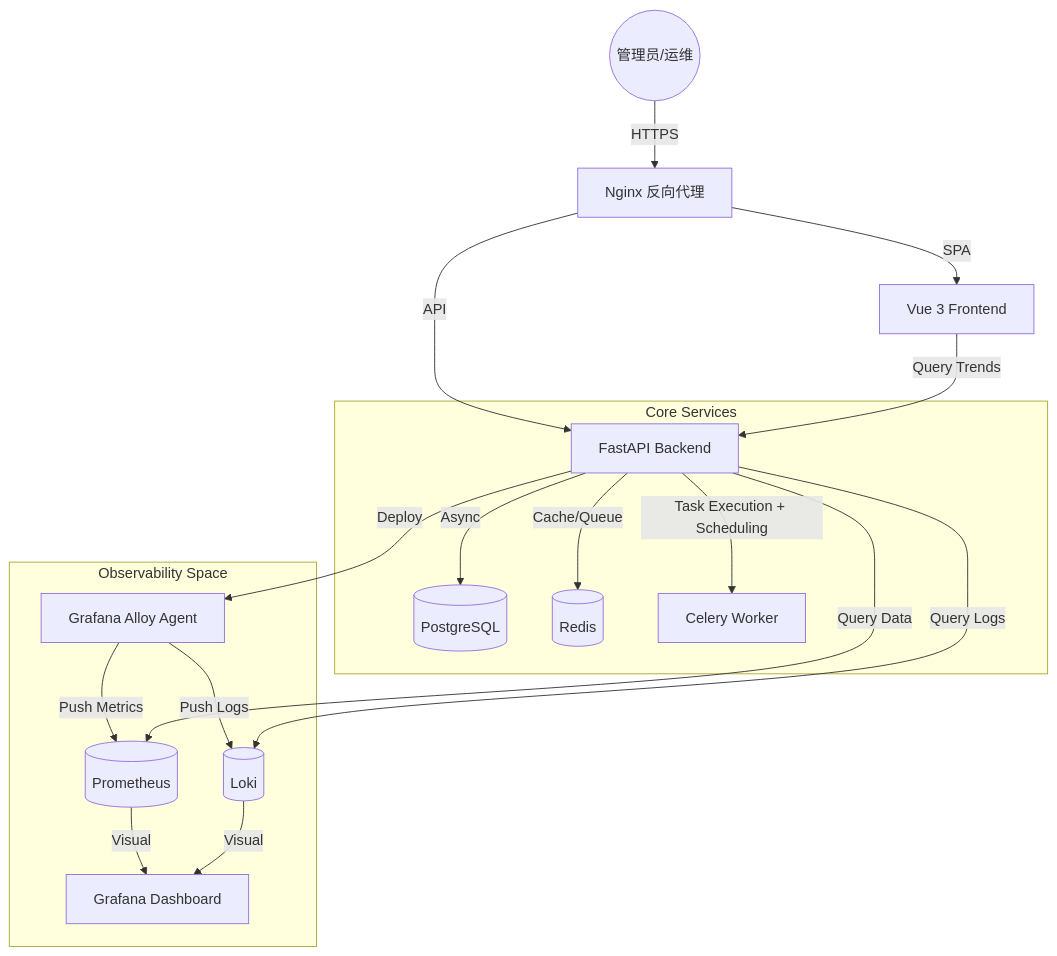
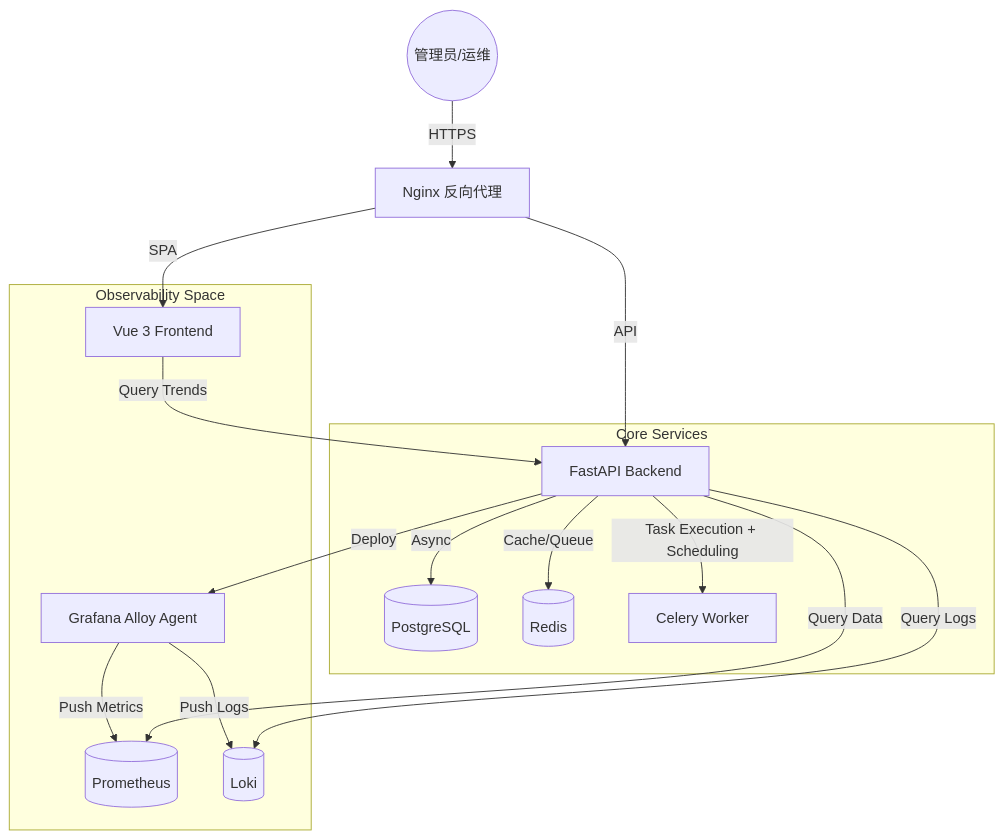
Before and after one commit to fjzworld/ops: the diagram in README.md, drawn with Mermaid. The commit also changed other lines of this file and 42 other files, not shown here.

````diff
--- a/README.md
+++ b/README.md
@@ -13,24 +13,21 @@
 ```mermaid
 graph TD
     User((管理员/运维)) -->|HTTPS| Nginx[Nginx 反向代理]
     Nginx -->|SPA| Frontend[Vue 3 Frontend]
     Nginx -->|API| Backend[FastAPI Backend]
     
     subgraph "Core Services"
         Backend -->|Async| DB[(PostgreSQL)]
         Backend -->|Cache/Queue| Redis[(Redis)]
         Backend -->|Task Execution + Scheduling| Celery[Celery Worker]
     end
     
     subgraph "Observability Space"
         Backend -->|Deploy| Agent[Grafana Alloy Agent]
         Agent -->|Push Metrics| Prometheus[(Prometheus)]
         Agent -->|Push Logs| Loki[(Loki)]
-        Prometheus -->|Visual| Grafana[Grafana Dashboard]
-        Loki -->|Visual| Grafana
+        Frontend -->|Query Trends| Backend
+        Backend -->|Query Data| Prometheus
+        Backend -->|Query Logs| Loki
     end
-    
-    Frontend -->|Query Trends| Backend
-    Backend -->|Query Data| Prometheus
-    Backend -->|Query Logs| Loki
 ```
````
